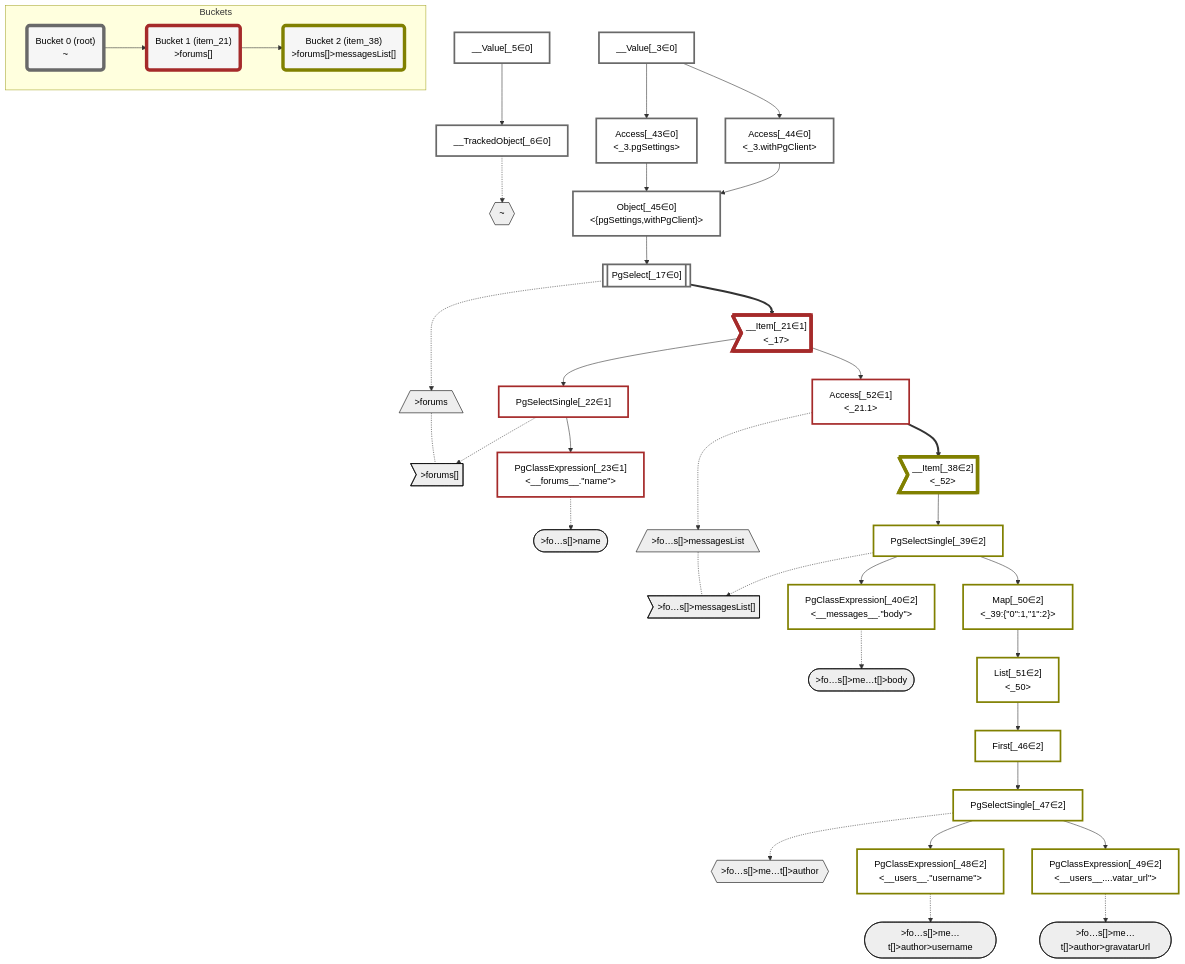
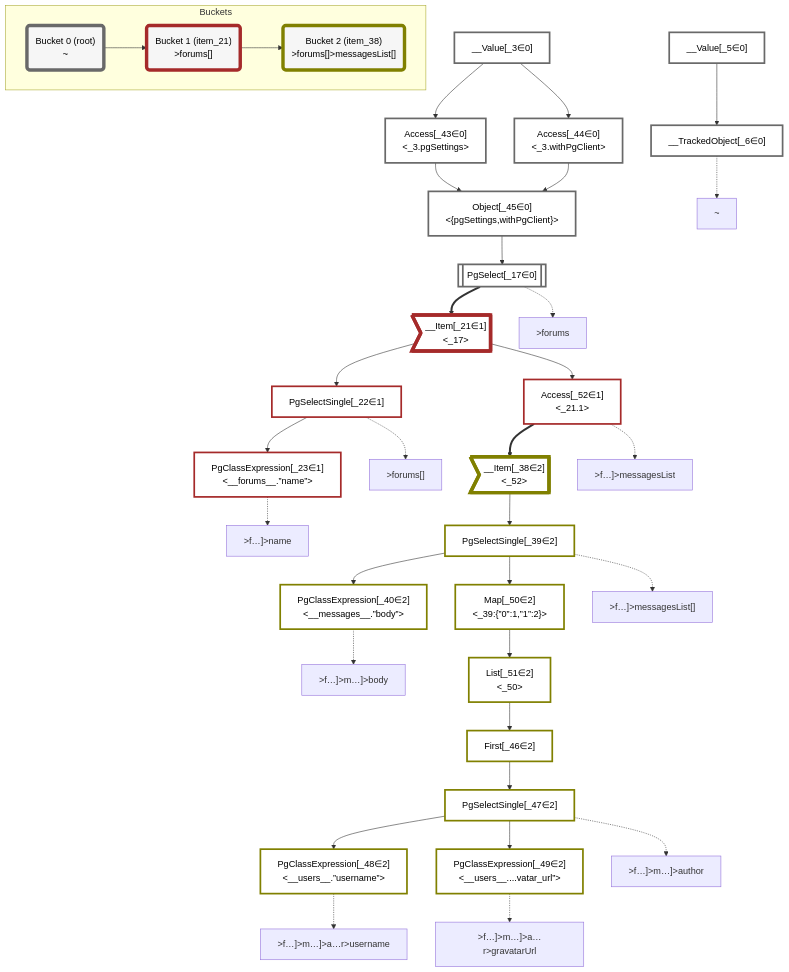
The diagram in packages/dataplan-pg/__tests__/queries/conditions/basics-with-author.mermaid.md (graphile/crystal), drawn with Mermaid before and after one commit. The commit also changed 195 other files, not shown here.

```diff
--- a/packages/dataplan-pg/__tests__/queries/conditions/basics-with-author.mermaid.md
+++ b/packages/dataplan-pg/__tests__/queries/conditions/basics-with-author.mermaid.md
@@ -6,27 +6,6 @@
     classDef sideeffectplan fill:#f00,stroke-width:6px,color:#000
     classDef bucket fill:#f6f6f6,color:#000,stroke-width:6px
 
-    %% subgraph fields
-    P1{{"~"}}:::path
-    P2[/">forums"\]:::path
-    P3>">forums[]"]:::path
-    P2 -.- P3
-    P4([">fo…s[]>name"]):::path
-    %% P3 -.-> P4
-    P5[/">fo…s[]>messagesList"\]:::path
-    P6>">fo…s[]>messagesList[]"]:::path
-    P5 -.- P6
-    P7([">fo…s[]>me…t[]>body"]):::path
-    %% P6 -.-> P7
-    P8{{">fo…s[]>me…t[]>author"}}:::path
-    P9([">fo…s[]>me…t[]>author>username"]):::path
-    %% P8 -.-> P9
-    P10([">fo…s[]>me…t[]>author>gravatarUrl"]):::path
-    %% P8 -.-> P10
-    %% P6 -.-> P8
-    %% P3 -.-> P5
-    %% P1 -.-> P2
-    %% end
 
     %% define plans
     __Value_3["__Value[_3∈0]<br /><context>"]:::plan
@@ -35,18 +14,18 @@
     PgSelect_17[["PgSelect[_17∈0]<br /><forums>"]]:::plan
     __Item_21>"__Item[_21∈1]<br /><_17>"]:::itemplan
     PgSelectSingle_22["PgSelectSingle[_22∈1]<br /><forums>"]:::plan
-    PgClassExpression_23["PgClassExpression[_23∈1]<br /><__forums__.#quot;name#quot;>"]:::plan
+    PgClassExpression_23["PgClassExpression[_23∈1]<br /><__forums__.”name”>"]:::plan
     __Item_38>"__Item[_38∈2]<br /><_52>"]:::itemplan
     PgSelectSingle_39["PgSelectSingle[_39∈2]<br /><messages>"]:::plan
-    PgClassExpression_40["PgClassExpression[_40∈2]<br /><__messages__.#quot;body#quot;>"]:::plan
+    PgClassExpression_40["PgClassExpression[_40∈2]<br /><__messages__.”body”>"]:::plan
     Access_43["Access[_43∈0]<br /><_3.pgSettings>"]:::plan
     Access_44["Access[_44∈0]<br /><_3.withPgClient>"]:::plan
     Object_45["Object[_45∈0]<br /><{pgSettings,withPgClient}>"]:::plan
     First_46["First[_46∈2]"]:::plan
     PgSelectSingle_47["PgSelectSingle[_47∈2]<br /><users>"]:::plan
-    PgClassExpression_48["PgClassExpression[_48∈2]<br /><__users__.#quot;username#quot;>"]:::plan
-    PgClassExpression_49["PgClassExpression[_49∈2]<br /><__users__....vatar_url#quot;>"]:::plan
-    Map_50["Map[_50∈2]<br /><_39:{#quot;0#quot;:1,#quot;1#quot;:2}>"]:::plan
+    PgClassExpression_48["PgClassExpression[_48∈2]<br /><__users__.”username”>"]:::plan
+    PgClassExpression_49["PgClassExpression[_49∈2]<br /><__users__....vatar_url”>"]:::plan
+    Map_50["Map[_50∈2]<br /><_39:{”0”:1,”1”:2}>"]:::plan
     List_51["List[_51∈2]<br /><_50>"]:::plan
     Access_52["Access[_52∈1]<br /><_21.1>"]:::plan
 
@@ -72,15 +51,25 @@
     __Item_21 --> Access_52
 
     %% plan-to-path relationships
+    P1["~"]
     __TrackedObject_6 -.-> P1
+    P2[">forums"]
     PgSelect_17 -.-> P2
+    P3[">forums[]"]
     PgSelectSingle_22 -.-> P3
+    P4[">f…]>name"]
     PgClassExpression_23 -.-> P4
+    P5[">f…]>messagesList"]
     Access_52 -.-> P5
+    P6[">f…]>messagesList[]"]
     PgSelectSingle_39 -.-> P6
+    P7[">f…]>m…]>body"]
     PgClassExpression_40 -.-> P7
+    P8[">f…]>m…]>author"]
     PgSelectSingle_47 -.-> P8
+    P9[">f…]>m…]>a…r>username"]
     PgClassExpression_48 -.-> P9
+    P10[">f…]>m…]>a…r>gravatarUrl"]
     PgClassExpression_49 -.-> P10
 
     %% allocate buckets
```
